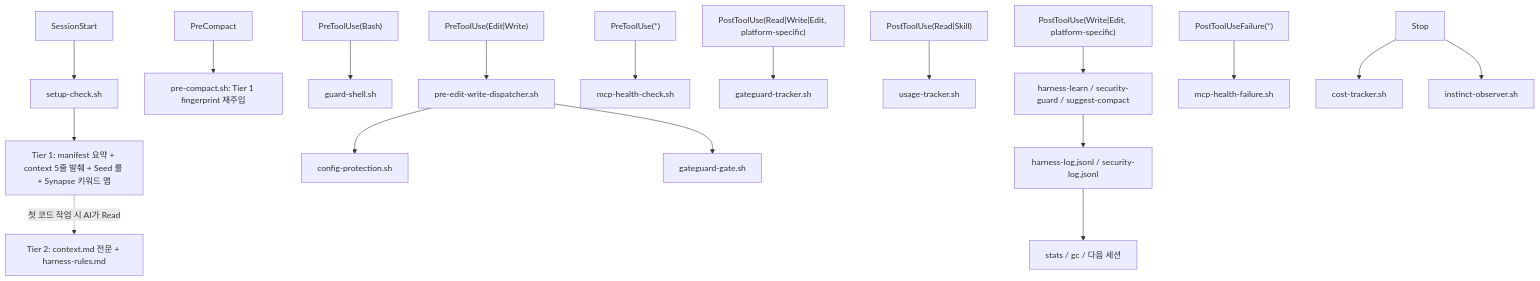
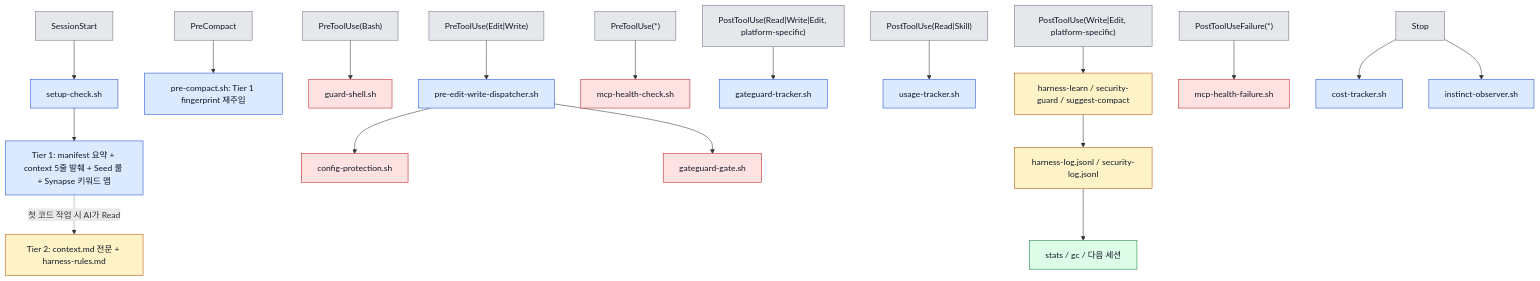
The diagram in docs/04-주요-기능.md (Jimmy-Jung/ai-symbiote), drawn with Mermaid before and after one commit. The commit also changed 10 other files, not shown here.

Commit message:
docs(mermaid): 다이어그램 대비 색상 개선

````diff
--- a/docs/04-주요-기능.md
+++ b/docs/04-주요-기능.md
@@ -12,25 +12,53 @@
 ```mermaid
 flowchart TD
     A["SessionStart"] --> B["setup-check.sh"]
     B --> T1["Tier 1: manifest 요약 + context 5줄 발췌 + Seed 룰 + Synapse 키워드 맵"]
     T1 -.->|"첫 코드 작업 시 AI가 Read"| T2["Tier 2: context.md 전문 + harness-rules.md"]
 
     C["PreCompact"] --> PC["pre-compact.sh: Tier 1 fingerprint 재주입"]
 
     D["PreToolUse(Bash)"] --> E["guard-shell.sh"]
     D2["PreToolUse(Edit|Write)"] --> DISP["pre-edit-write-dispatcher.sh"]
     DISP --> CP["config-protection.sh"]
     DISP --> GG["gateguard-gate.sh"]
     D3["PreToolUse(*)"] --> MH["mcp-health-check.sh"]
 
     F["PostToolUse(Read|Write|Edit, platform-specific)"] --> GT["gateguard-tracker.sh"]
     F2["PostToolUse(Read|Skill)"] --> UT["usage-tracker.sh"]
     F3["PostToolUse(Write|Edit, platform-specific)"] --> G["harness-learn / security-guard / suggest-compact"]
     F4["PostToolUseFailure(*)"] --> MF["mcp-health-failure.sh"]
 
     S["Stop"] --> CT["cost-tracker.sh"]
     S --> IO["instinct-observer.sh"]
 
     G --> H["harness-log.jsonl / security-log.jsonl"]
     H --> I["stats / gc / 다음 세션"]
+
+    style A fill:#e5e7eb,stroke:#6b7280,color:#111827
+    style B fill:#dbeafe,stroke:#1d4ed8,color:#111827
+    style T1 fill:#dbeafe,stroke:#1d4ed8,color:#111827
+    style T2 fill:#fef3c7,stroke:#b45309,color:#111827
+    style C fill:#e5e7eb,stroke:#6b7280,color:#111827
+    style PC fill:#dbeafe,stroke:#1d4ed8,color:#111827
+    style D fill:#e5e7eb,stroke:#6b7280,color:#111827
+    style E fill:#fee2e2,stroke:#b91c1c,color:#111827
+    style D2 fill:#e5e7eb,stroke:#6b7280,color:#111827
+    style DISP fill:#dbeafe,stroke:#1d4ed8,color:#111827
+    style CP fill:#fee2e2,stroke:#b91c1c,color:#111827
+    style GG fill:#fee2e2,stroke:#b91c1c,color:#111827
+    style D3 fill:#e5e7eb,stroke:#6b7280,color:#111827
+    style MH fill:#fee2e2,stroke:#b91c1c,color:#111827
+    style F fill:#e5e7eb,stroke:#6b7280,color:#111827
+    style GT fill:#dbeafe,stroke:#1d4ed8,color:#111827
+    style F2 fill:#e5e7eb,stroke:#6b7280,color:#111827
+    style UT fill:#dbeafe,stroke:#1d4ed8,color:#111827
+    style F3 fill:#e5e7eb,stroke:#6b7280,color:#111827
+    style G fill:#fef3c7,stroke:#b45309,color:#111827
+    style F4 fill:#e5e7eb,stroke:#6b7280,color:#111827
+    style MF fill:#fee2e2,stroke:#b91c1c,color:#111827
+    style S fill:#e5e7eb,stroke:#6b7280,color:#111827
+    style CT fill:#dbeafe,stroke:#1d4ed8,color:#111827
+    style IO fill:#dbeafe,stroke:#1d4ed8,color:#111827
+    style H fill:#fef3c7,stroke:#b45309,color:#111827
+    style I fill:#dcfce7,stroke:#15803d,color:#111827
 ```
````
